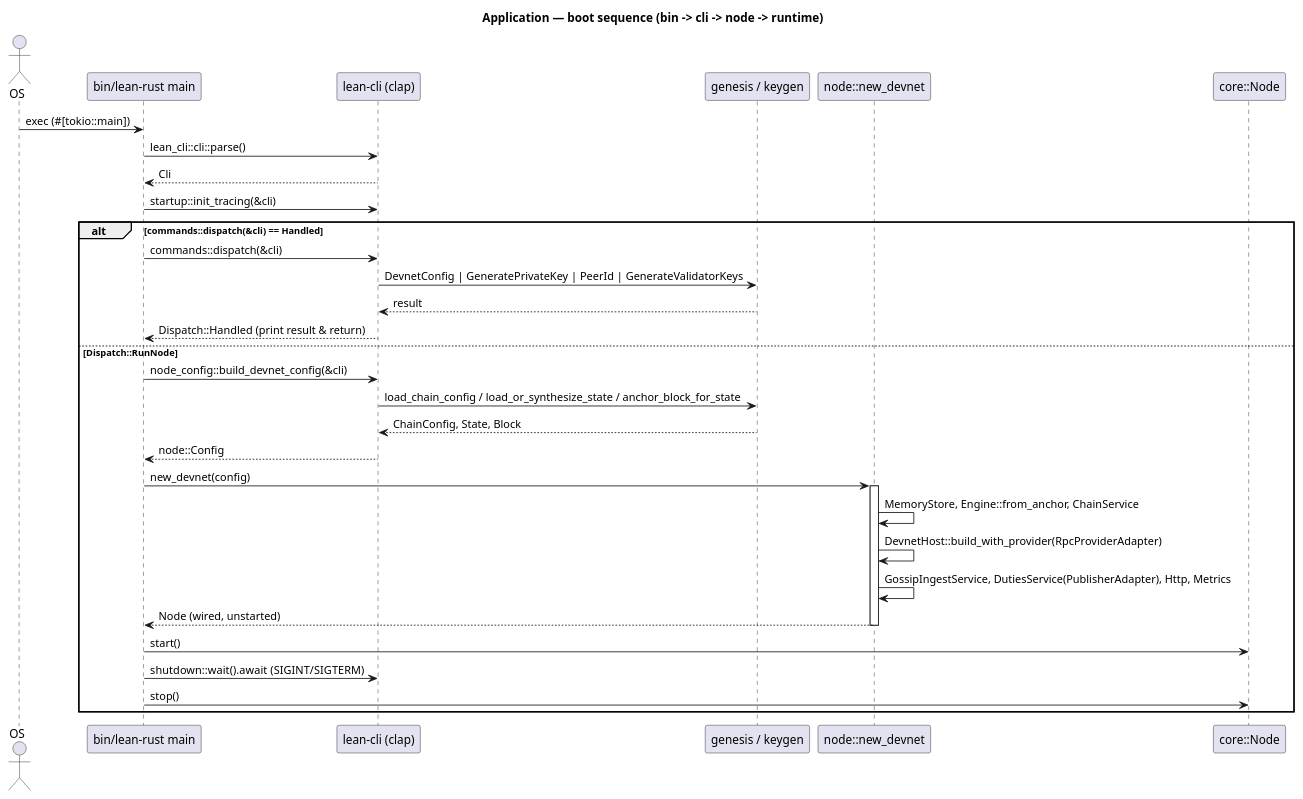
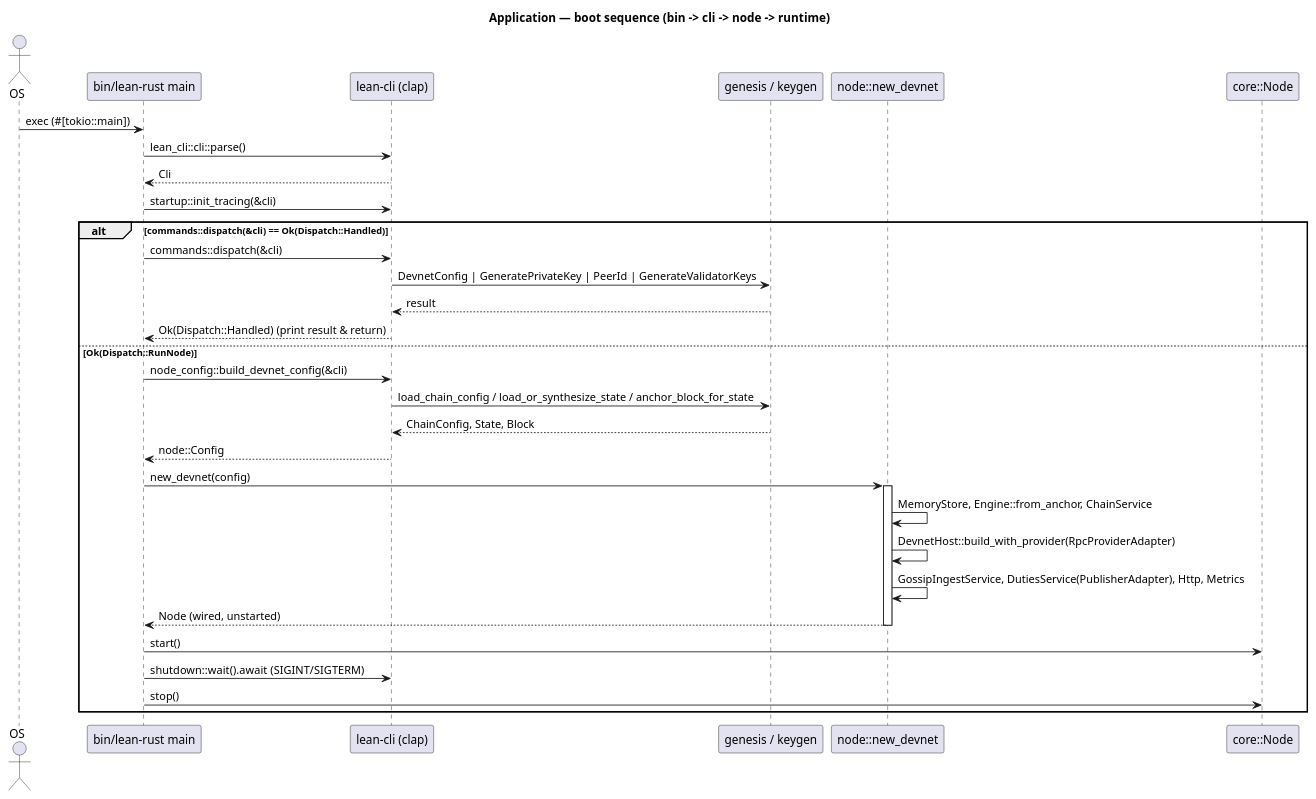
The diagram in docs/architecture/diagrams/application-seq-boot.puml (cyberbono3/lean-rust), drawn with PlantUML before and after one commit.

Commit message:
Potential fix for pull request finding

```diff
--- a/docs/architecture/diagrams/application-seq-boot.puml
+++ b/docs/architecture/diagrams/application-seq-boot.puml
@@ -1,38 +1,38 @@
 @startuml application-seq-boot
 title Application — boot sequence (bin -> cli -> node -> runtime)
 
 actor OS
 participant "bin/lean-rust main" as Main
 participant "lean-cli (clap)" as Cli
 participant "genesis / keygen" as Gen
 participant "node::new_devnet" as Devnet
 participant "core::Node" as Node
 
 OS -> Main : exec (#[tokio::main])
 Main -> Cli : lean_cli::cli::parse()
 Cli --> Main : Cli
 Main -> Cli : startup::init_tracing(&cli)
 
-alt commands::dispatch(&cli) == Handled
+alt commands::dispatch(&cli) == Ok(Dispatch::Handled)
   Main -> Cli : commands::dispatch(&cli)
   Cli -> Gen : DevnetConfig | GeneratePrivateKey | PeerId | GenerateValidatorKeys
   Gen --> Cli : result
-  Cli --> Main : Dispatch::Handled (print result & return)
-else Dispatch::RunNode
+  Cli --> Main : Ok(Dispatch::Handled) (print result & return)
+else Ok(Dispatch::RunNode)
   Main -> Cli : node_config::build_devnet_config(&cli)
   Cli -> Gen : load_chain_config / load_or_synthesize_state / anchor_block_for_state
   Gen --> Cli : ChainConfig, State, Block
   Cli --> Main : node::Config
   Main -> Devnet : new_devnet(config)
   activate Devnet
   Devnet -> Devnet : MemoryStore, Engine::from_anchor, ChainService
   Devnet -> Devnet : DevnetHost::build_with_provider(RpcProviderAdapter)
   Devnet -> Devnet : GossipIngestService, DutiesService(PublisherAdapter), Http, Metrics
   Devnet --> Main : Node (wired, unstarted)
   deactivate Devnet
   Main -> Node : start()
   Main -> Cli : shutdown::wait().await  (SIGINT/SIGTERM)
   Main -> Node : stop()
 end
 
 @enduml
```
